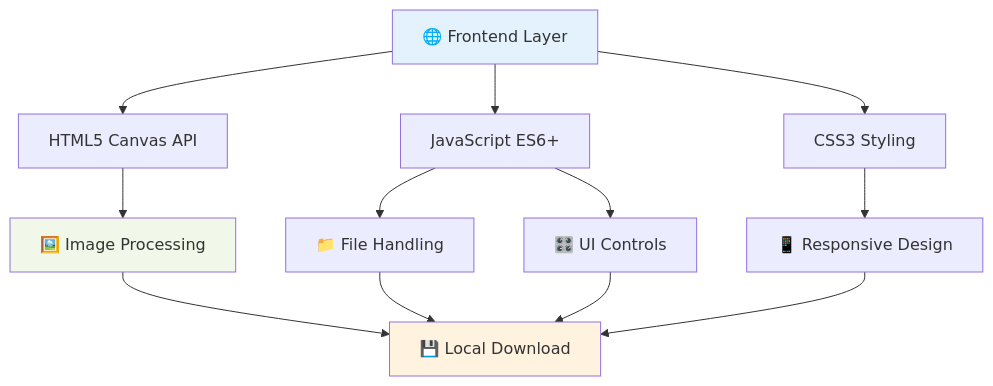
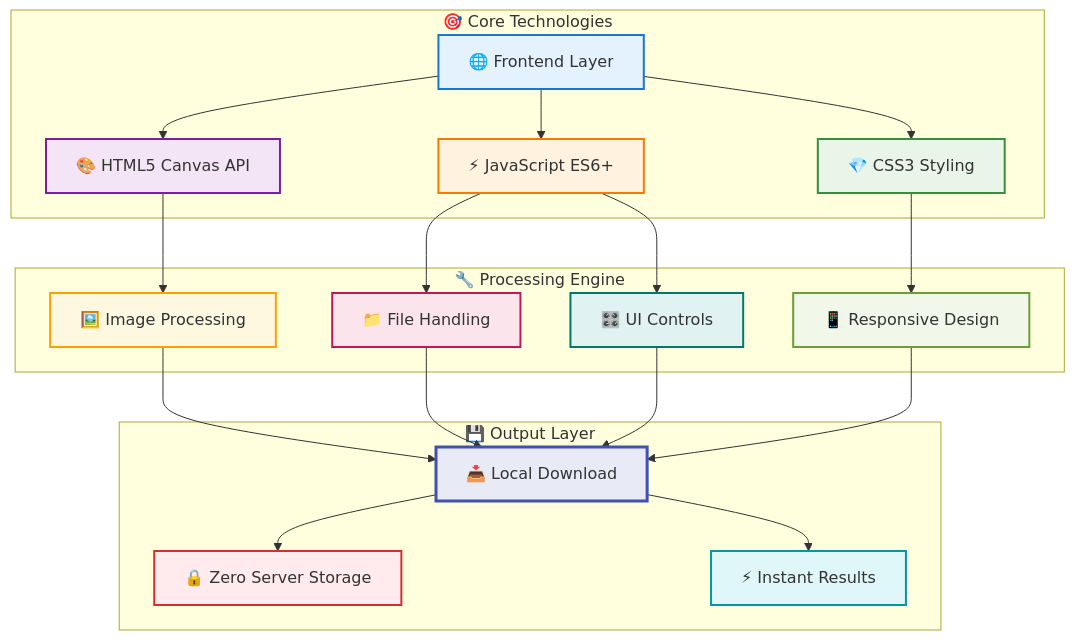
One commit to 27bhd/Pixscaler changed the third of 8 diagrams in README.md. Above: the diagram before and after it, drawn with Mermaid. The commit also changed other lines of this file, not shown here.

Commit message:
✨ Enhanced Mermaid diagrams with professional styling and detailed annotations

````diff
--- a/README.md
+++ b/README.md
@@ -108,20 +127,51 @@
 ```mermaid
 graph TD
-    A[🌐 Frontend Layer] --> B[HTML5 Canvas API]
-    A --> C[JavaScript ES6+]
-    A --> D[CSS3 Styling]
+    subgraph "🎯 Core Technologies"
+        A[🌐 Frontend Layer]
+        B[🎨 HTML5 Canvas API]
+        C[⚡ JavaScript ES6+]
+        D[💎 CSS3 Styling]
+    end
     
-    B --> E[🖼️ Image Processing]
-    C --> F[📁 File Handling]
-    C --> G[🎛️ UI Controls]
-    D --> H[📱 Responsive Design]
+    subgraph "🔧 Processing Engine"
+        E[🖼️ Image Processing]
+        F[📁 File Handling]
+        G[🎛️ UI Controls]
+        H[📱 Responsive Design]
+    end
     
-    E --> I[💾 Local Download]
+    subgraph "💾 Output Layer"
+        I[📥 Local Download]
+        J[🔒 Zero Server Storage]
+        K[⚡ Instant Results]
+    end
+    
+    A --> B
+    A --> C
+    A --> D
+    
+    B --> E
+    C --> F
+    C --> G
+    D --> H
+    
+    E --> I
     F --> I
     G --> I
     H --> I
     
-    style A fill:#e3f2fd
-    style E fill:#f1f8e9
-    style I fill:#fff3e0
+    I --> J
+    I --> K
+    
+    style A fill:#e3f2fd,stroke:#1976d2,stroke-width:2px
+    style B fill:#f3e5f5,stroke:#7b1fa2,stroke-width:2px
+    style C fill:#fff3e0,stroke:#f57c00,stroke-width:2px
+    style D fill:#e8f5e8,stroke:#388e3c,stroke-width:2px
+    style E fill:#fff8e1,stroke:#ffa000,stroke-width:2px
+    style F fill:#fce4ec,stroke:#c2185b,stroke-width:2px
+    style G fill:#e0f2f1,stroke:#00796b,stroke-width:2px
+    style H fill:#f1f8e9,stroke:#689f38,stroke-width:2px
+    style I fill:#e8eaf6,stroke:#3f51b5,stroke-width:3px
+    style J fill:#ffebee,stroke:#d32f2f,stroke-width:2px
+    style K fill:#e0f7fa,stroke:#0097a7,stroke-width:2px
 ```
````
